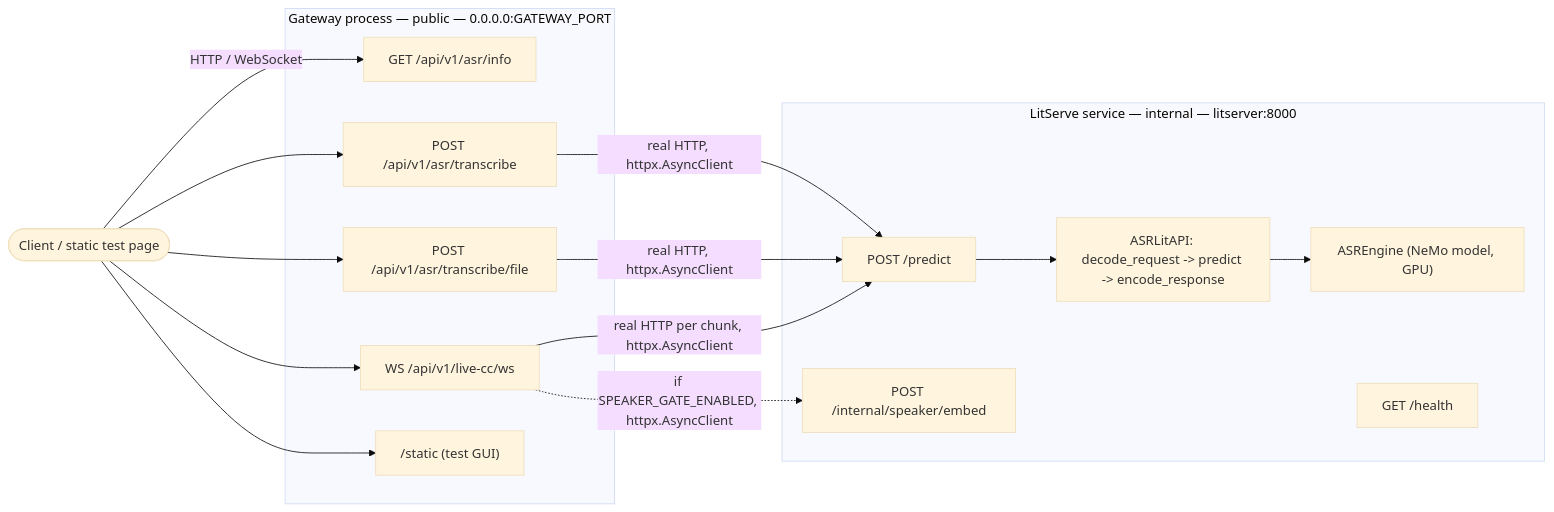
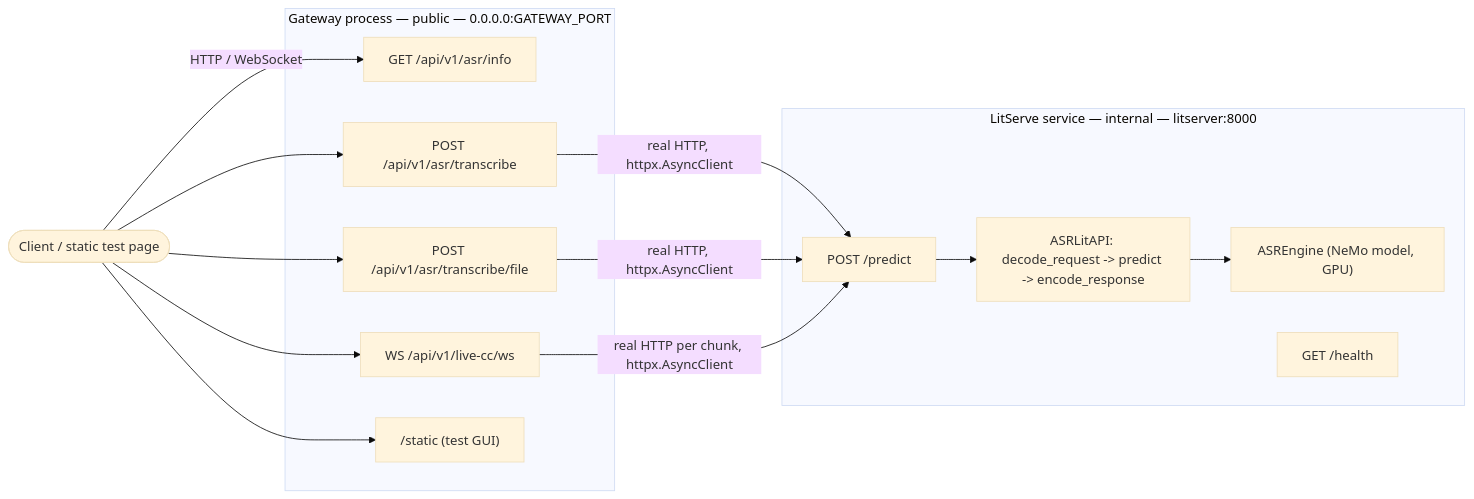
The diagram in README.md (sayed-shaun/ec-asr-tts-service), drawn with Mermaid (base theme) before and after one commit. The commit also changed other lines of this file and 13 other files, not shown here.

First line of the commit message:
Remove speaker-gate feature, simplify live-cc back to plain buffer+transcribe

````diff
--- a/README.md
+++ b/README.md
@@ -56,32 +56,30 @@
 ```mermaid
 flowchart LR
     Client(["Client / static test page"])
 
     subgraph Gateway["Gateway process — public — 0.0.0.0:GATEWAY_PORT"]
         Info["GET /api/v1/asr/info"]
         Transcribe["POST /api/v1/asr/transcribe"]
         File["POST /api/v1/asr/transcribe/file"]
         WS["WS /api/v1/live-cc/ws"]
         Static["/static (test GUI)"]
     end
 
     subgraph LitServe["LitServe service — internal — litserver:8000"]
         Predict["POST /predict"]
         LitAPI["ASRLitAPI: decode_request -> predict -> encode_response"]
         Engine["ASREngine (NeMo model, GPU)"]
-        SpeakerEmbed["POST /internal/speaker/embed"]
         Health["GET /health"]
     end
 
     Client -->|HTTP / WebSocket| Info
     Client --> Transcribe
     Client --> File
     Client --> WS
     Client --> Static
 
     Transcribe -->|real HTTP, httpx.AsyncClient| Predict
     File -->|real HTTP, httpx.AsyncClient| Predict
     WS -->|real HTTP per chunk, httpx.AsyncClient| Predict
-    WS -.->|if SPEAKER_GATE_ENABLED, httpx.AsyncClient| SpeakerEmbed
     Predict --> LitAPI --> Engine
 ```
````
